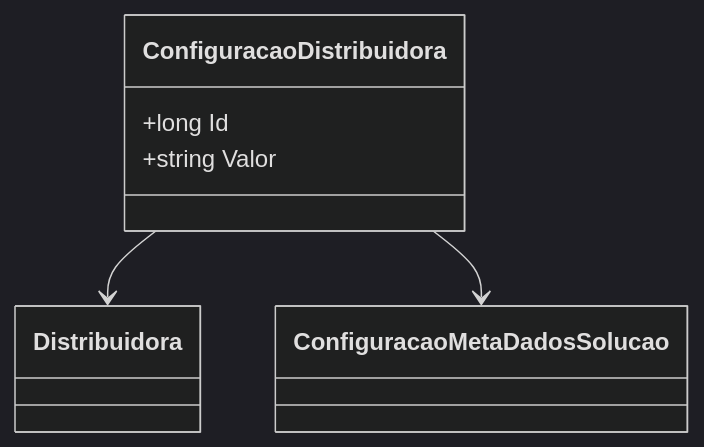
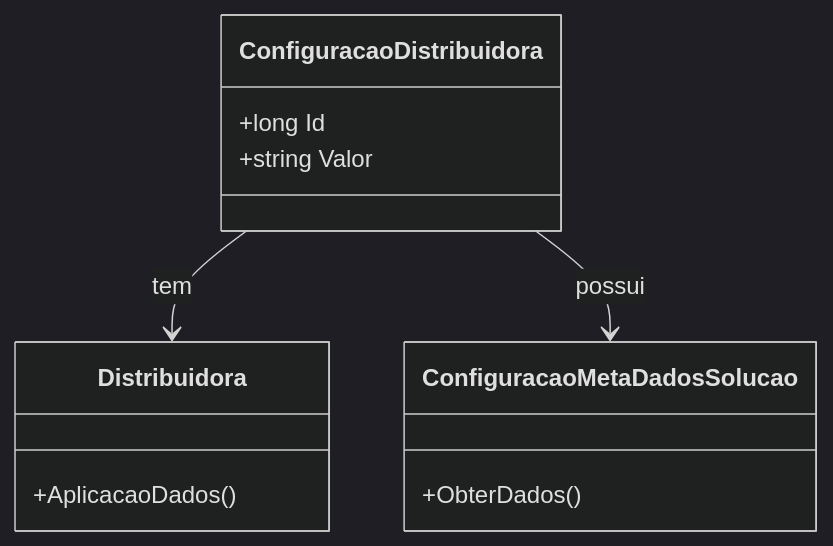
The diagram in docs/b2b-dominio/IsthmusWinthor.Nucleo/IsthmusWinthor.Dominio/Entidades/ConfiguracaoDistribuidora.md (IsthmusSistemas/documentacao-tecnica), drawn with Mermaid (dark theme) before and after one commit. The commit also changed other lines of this file and 882 other files, not shown here.

````diff
--- a/docs/b2b-dominio/IsthmusWinthor.Nucleo/IsthmusWinthor.Dominio/Entidades/ConfiguracaoDistribuidora.md
+++ b/docs/b2b-dominio/IsthmusWinthor.Nucleo/IsthmusWinthor.Dominio/Entidades/ConfiguracaoDistribuidora.md
@@ -23,16 +17,18 @@
 ```mermaid
 classDiagram
     class ConfiguracaoDistribuidora {
         +long Id
         +string Valor
     }
     
     class Distribuidora {
+        +AplicacaoDados()
     }
 
     class ConfiguracaoMetaDadosSolucao {
+        +ObterDados()
     }
 
-    ConfiguracaoDistribuidora --> Distribuidora
-    ConfiguracaoDistribuidora --> ConfiguracaoMetaDadosSolucao
+    ConfiguracaoDistribuidora --> Distribuidora : tem
+    ConfiguracaoDistribuidora --> ConfiguracaoMetaDadosSolucao : possui
 ```
````
